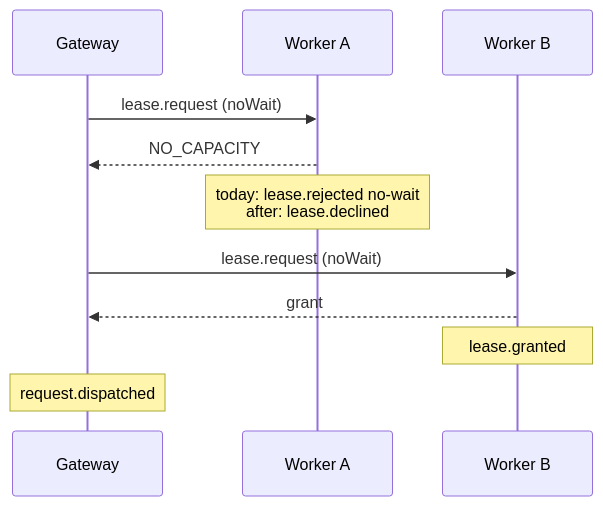
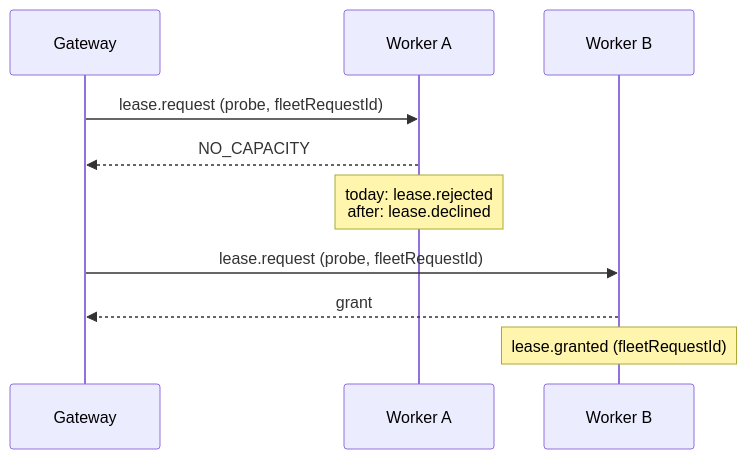
The diagram in docs/internal/adr/0021-a-gateway-dispatch-is-a-probe-and-names-its-fleet-request.md (callstackincubator/simlock), drawn with Mermaid before and after one commit. The commit also changed other lines of this file and 2 other files, not shown here.

Commit message:
docs(adr): 0021 — the worker declines every probe refusal, the gateway records every fleet failure

````diff
--- a/docs/internal/adr/0021-a-gateway-dispatch-is-a-probe-and-names-its-fleet-request.md
+++ b/docs/internal/adr/0021-a-gateway-dispatch-is-a-probe-and-names-its-fleet-request.md
@@ -47,13 +66,12 @@
 ```mermaid
 sequenceDiagram
   participant G as Gateway
   participant A as Worker A
   participant B as Worker B
-  G->>A: lease.request (noWait)
+  G->>A: lease.request (probe, fleetRequestId)
   A-->>G: NO_CAPACITY
-  Note over A: today: lease.rejected no-wait<br/>after: lease.declined
-  G->>B: lease.request (noWait)
+  Note over A: today: lease.rejected<br/>after: lease.declined
+  G->>B: lease.request (probe, fleetRequestId)
   B-->>G: grant
-  Note over B: lease.granted
-  Note over G: request.dispatched
+  Note over B: lease.granted (fleetRequestId)
 ```
````
